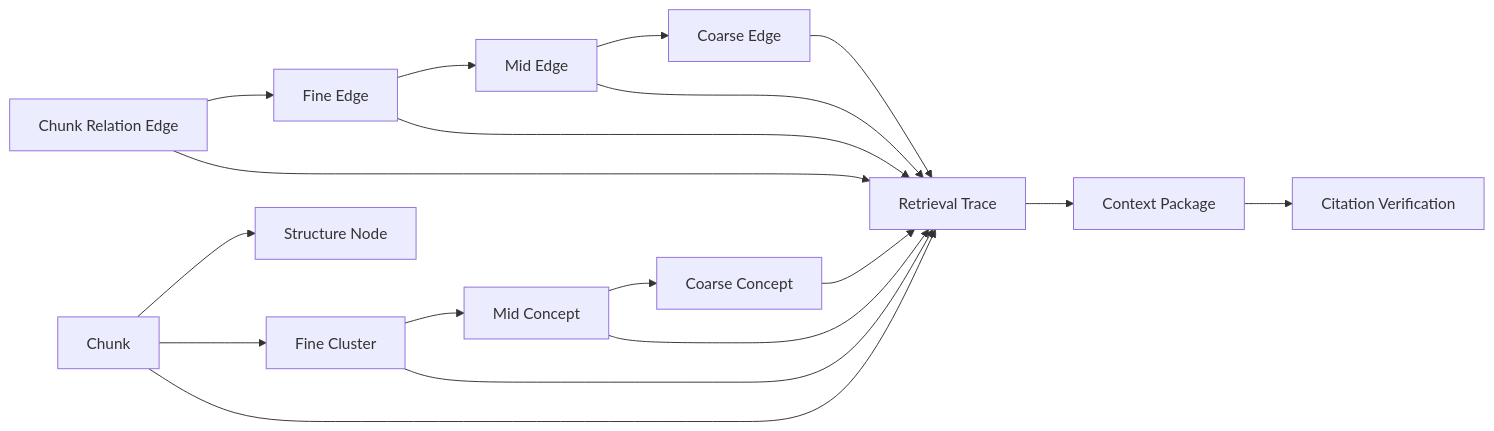
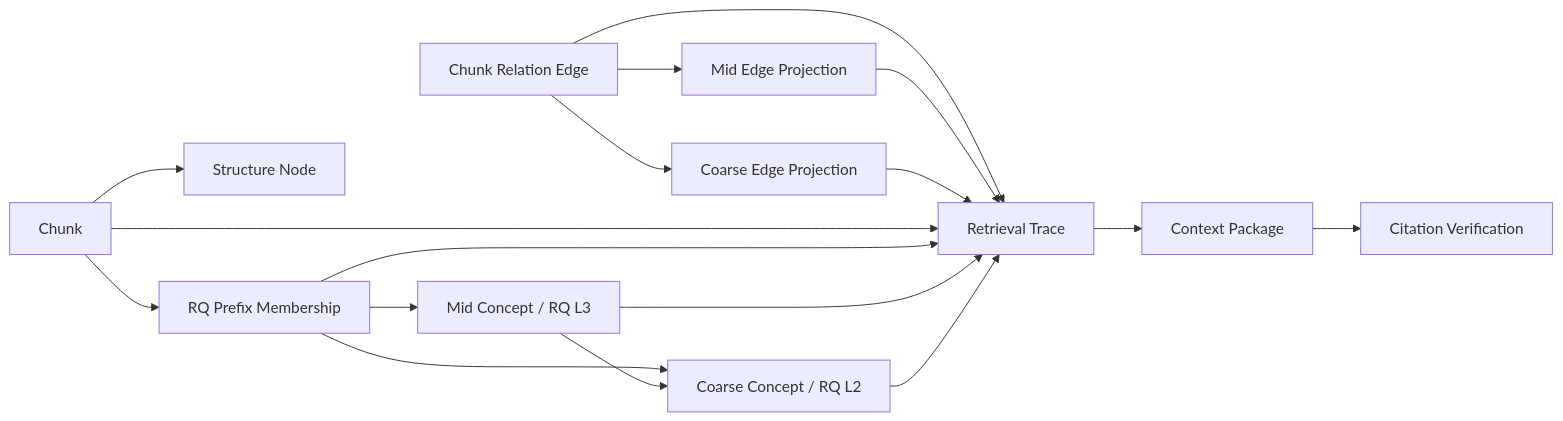
Before and after one commit to Sggggt/SymboGraph: the second of 11 diagrams in docs/technical-spec.md, drawn with Mermaid. The commit also changed other lines of this file and 57 other files, not shown here.

Commit message:
v1.3.1 beta: 重新划分了四层图的边界，更新了图谱生成架构

````diff
--- a/docs/technical-spec.md
+++ b/docs/technical-spec.md
@@ -357,20 +419,19 @@
 ```mermaid
 flowchart LR
     C["Chunk"] --> S["Structure Node"]
-    C --> F["Fine Cluster"]
-    F --> M["Mid Concept"]
-    M --> K["Coarse Concept"]
-    CE["Chunk Relation Edge"] --> FE["Fine Edge"]
-    FE --> ME["Mid Edge"]
-    ME --> KE["Coarse Edge"]
+    C --> RQ["RQ Prefix Membership"]
+    RQ --> M["Mid Concept / RQ L3"]
+    RQ --> K["Coarse Concept / RQ L2"]
+    M --> K
+    CE["Chunk Relation Edge"] --> ME["Mid Edge Projection"]
+    CE --> KE["Coarse Edge Projection"]
     CE --> T
-    FE --> T
     ME --> T
     KE --> T
     C --> T["Retrieval Trace"]
-    F --> T
+    RQ --> T
     M --> T
     K --> T
     T --> CP["Context Package"]
     CP --> CV["Citation Verification"]
 ```
````
